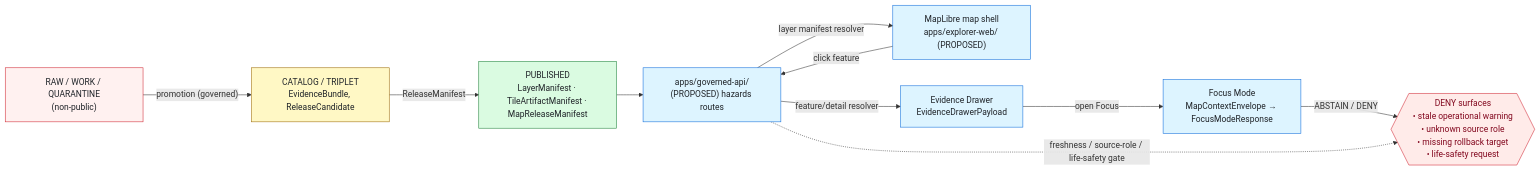
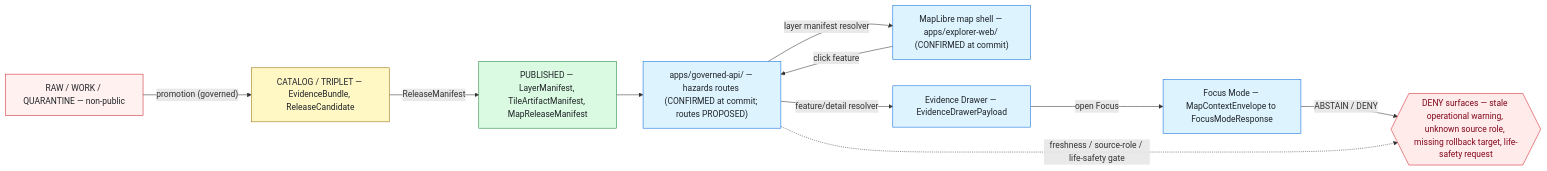
The first of 2 diagrams in docs/domains/hazards/MAP_UI_CONTRACTS.md (bartytime4life/Kansas-Frontier-Matrix), drawn with Mermaid before and after one commit. The commit also changed other lines of this file, not shown here.

````diff
--- a/docs/domains/hazards/MAP_UI_CONTRACTS.md
+++ b/docs/domains/hazards/MAP_UI_CONTRACTS.md
@@ -135,29 +149,29 @@
 ```mermaid
 flowchart LR
   classDef raw      fill:#fff1f0,stroke:#cf222e,color:#1f2328;
   classDef catalog  fill:#fff8c5,stroke:#9a6700,color:#1f2328;
   classDef released fill:#dafbe1,stroke:#1a7f37,color:#1f2328;
   classDef public   fill:#ddf4ff,stroke:#0969da,color:#1f2328;
   classDef deny     fill:#ffebe9,stroke:#cf222e,color:#82071e;
 
-  RAW["RAW / WORK / QUARANTINE<br/>(non-public)"]:::raw
-  CAT["CATALOG / TRIPLET<br/>EvidenceBundle, ReleaseCandidate"]:::catalog
-  PUB["PUBLISHED<br/>LayerManifest · TileArtifactManifest · MapReleaseManifest"]:::released
+  RAW["RAW / WORK / QUARANTINE — non-public"]:::raw
+  CAT["CATALOG / TRIPLET — EvidenceBundle, ReleaseCandidate"]:::catalog
+  PUB["PUBLISHED — LayerManifest, TileArtifactManifest, MapReleaseManifest"]:::released
 
-  API["apps/governed-api/<br/>(PROPOSED) hazards routes"]:::public
-  SHELL["MapLibre map shell<br/>apps/explorer-web/ (PROPOSED)"]:::public
-  DRAWER["Evidence Drawer<br/>EvidenceDrawerPayload"]:::public
-  FOCUS["Focus Mode<br/>MapContextEnvelope → FocusModeResponse"]:::public
+  API["apps/governed-api/ — hazards routes (CONFIRMED at commit; routes PROPOSED)"]:::public
+  SHELL["MapLibre map shell — apps/explorer-web/ (CONFIRMED at commit)"]:::public
+  DRAWER["Evidence Drawer — EvidenceDrawerPayload"]:::public
+  FOCUS["Focus Mode — MapContextEnvelope to FocusModeResponse"]:::public
 
-  DENY{{"DENY surfaces<br/>• stale operational warning<br/>• unknown source role<br/>• missing rollback target<br/>• life-safety request"}}:::deny
+  DENY{{"DENY surfaces — stale operational warning, unknown source role, missing rollback target, life-safety request"}}:::deny
 
   RAW -->|"promotion (governed)"| CAT
   CAT -->|"ReleaseManifest"| PUB
   PUB --> API
   API -->|"layer manifest resolver"| SHELL
   SHELL -->|"click feature"| API
   API -->|"feature/detail resolver"| DRAWER
   DRAWER -->|"open Focus"| FOCUS
   FOCUS -->|"ABSTAIN / DENY"| DENY
   API -.->|"freshness / source-role / life-safety gate"| DENY
 ```
````
